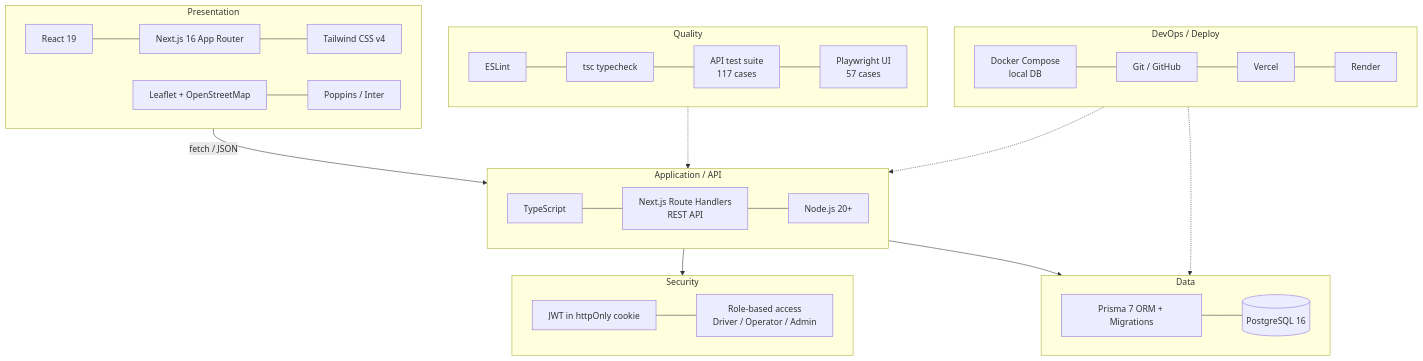
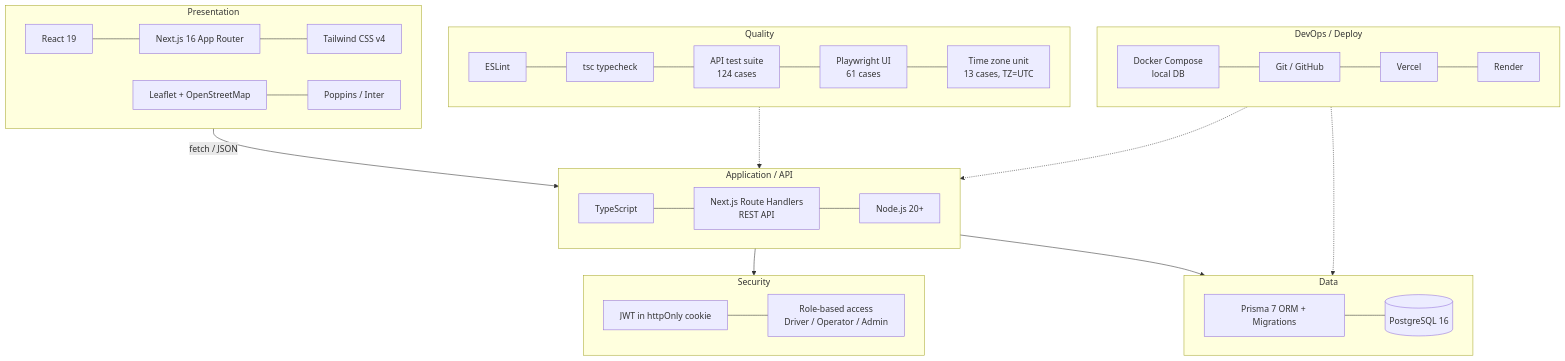
The third of 5 diagrams in docs/system-diagrams.md (raftisz/Ev-charging-app), drawn with Mermaid before and after one commit. The commit also changed other lines of this file and 5 other files, not shown here.

````diff
--- a/docs/system-diagrams.md
+++ b/docs/system-diagrams.md
@@ -69,34 +69,34 @@
 ```mermaid
 flowchart TB
     subgraph FE["Presentation"]
         F1["React 19"] --- F2["Next.js 16 App Router"] --- F3["Tailwind CSS v4"]
         F4["Leaflet + OpenStreetMap"] --- F5["Poppins / Inter"]
     end
 
     subgraph BE["Application / API"]
         B1["TypeScript"] --- B2["Next.js Route Handlers<br/>REST API"] --- B3["Node.js 20+"]
     end
 
     subgraph SEC["Security"]
         S1["JWT in httpOnly cookie"] --- S2["Role-based access<br/>Driver / Operator / Admin"]
     end
 
     subgraph DATA["Data"]
         D1["Prisma 7 ORM + Migrations"] --- D2[("PostgreSQL 16")]
     end
 
     subgraph QA["Quality"]
-        Q1["ESLint"] --- Q2["tsc typecheck"] --- Q3["API test suite<br/>117 cases"] --- Q4["Playwright UI<br/>57 cases"]
+        Q1["ESLint"] --- Q2["tsc typecheck"] --- Q3["API test suite<br/>124 cases"] --- Q4["Playwright UI<br/>61 cases"] --- Q5["Time zone unit<br/>13 cases, TZ=UTC"]
     end
 
     subgraph OPS["DevOps / Deploy"]
         O1["Docker Compose<br/>local DB"] --- O2["Git / GitHub"] --- O3["Vercel"] --- O4["Render"]
     end
 
     FE -->|"fetch / JSON"| BE
     BE --> SEC
     BE --> DATA
     QA -.-> BE
     OPS -.-> BE
     OPS -.-> DATA
 ```
````
